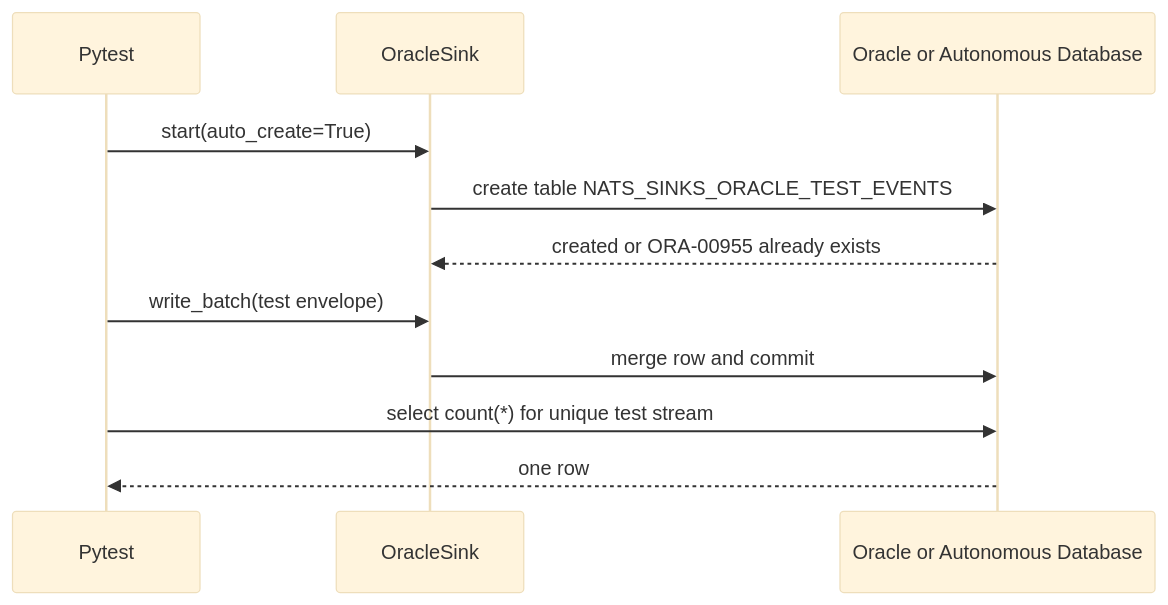
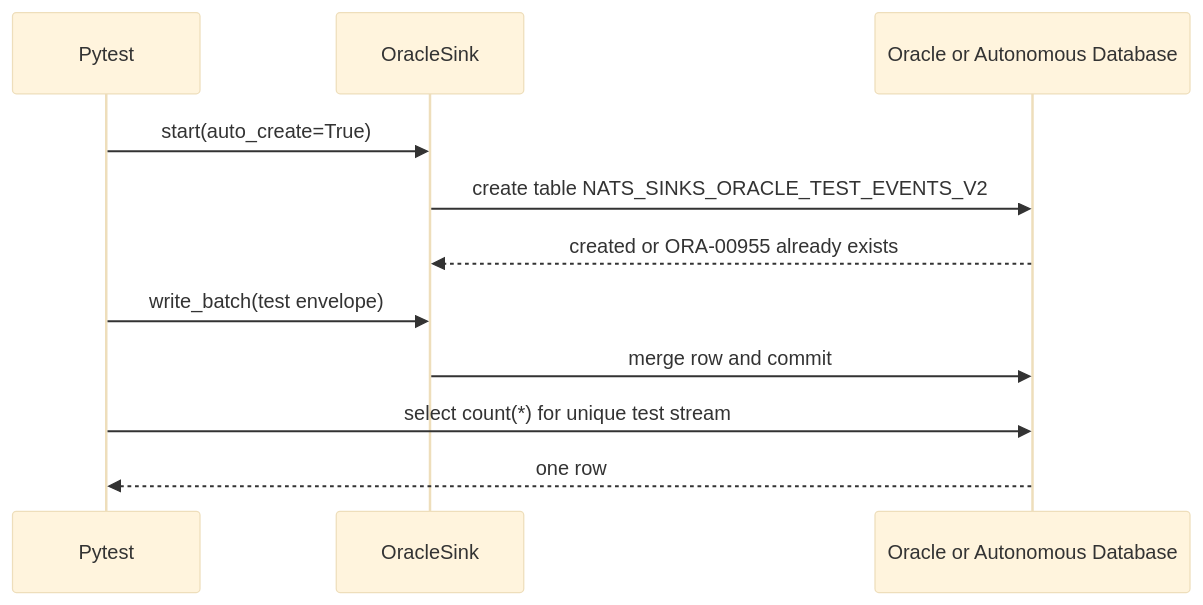
The first of 3 diagrams in docs/testing.md (ProjectCuillin/nats-sinks), drawn with Mermaid (base theme) before and after one commit. The commit also changed other lines of this file and 53 other files, not shown here.

````diff
--- a/docs/testing.md
+++ b/docs/testing.md
@@ -113,14 +169,14 @@
 ```mermaid
 sequenceDiagram
     participant T as Pytest
     participant S as OracleSink
     participant DB as Oracle or Autonomous Database
 
     T->>S: start(auto_create=True)
-    S->>DB: create table NATS_SINKS_ORACLE_TEST_EVENTS
+    S->>DB: create table NATS_SINKS_ORACLE_TEST_EVENTS_V2
     DB-->>S: created or ORA-00955 already exists
     T->>S: write_batch(test envelope)
     S->>DB: merge row and commit
     T->>DB: select count(*) for unique test stream
     DB-->>T: one row
 ```
````
